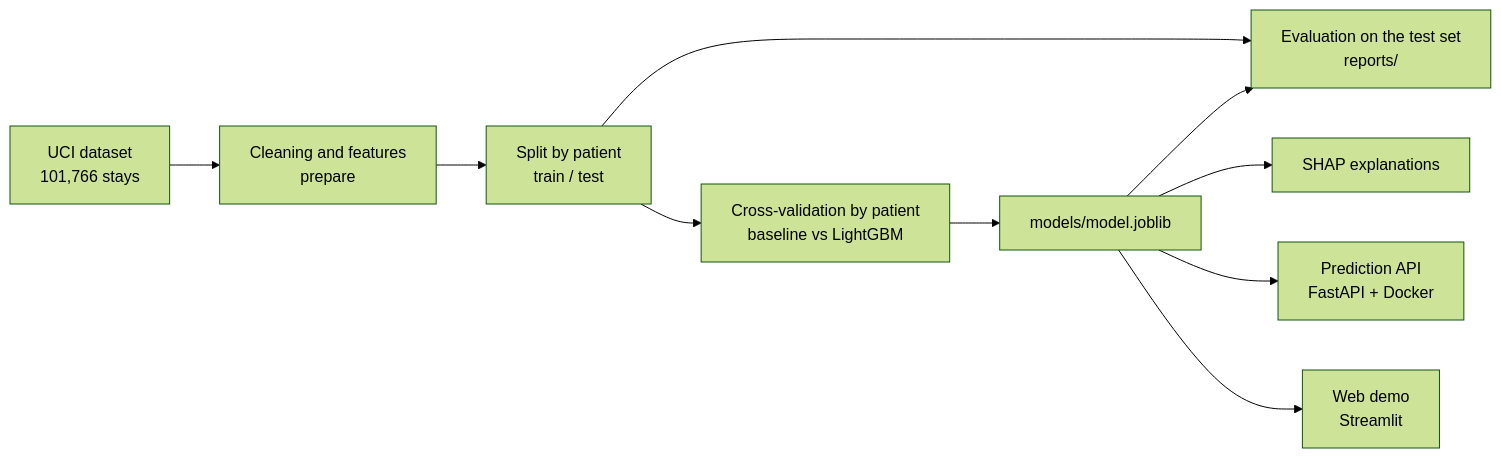
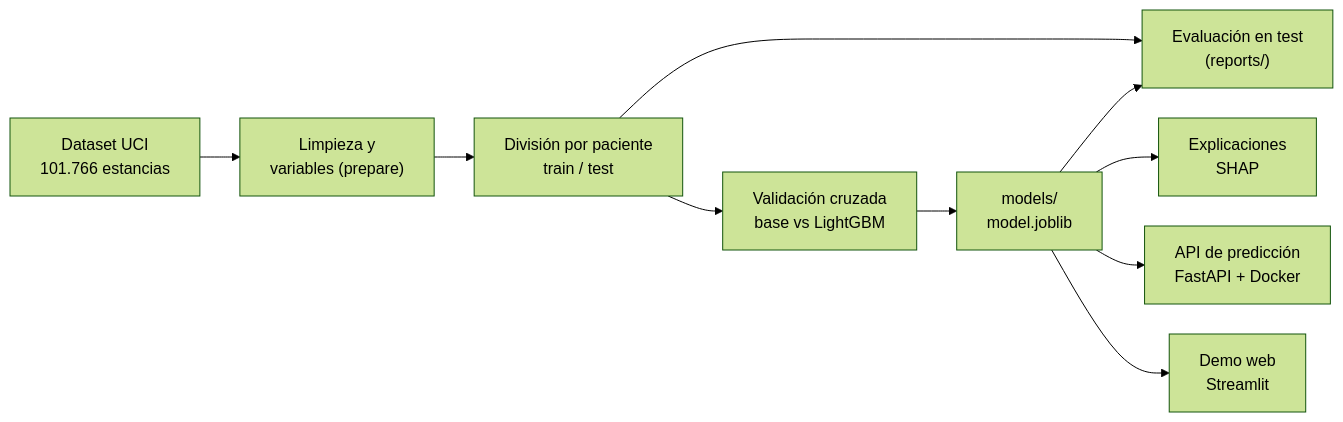
Before and after one commit to agilmouzo/readmission-risk: the diagram in README.es.md, drawn with Mermaid (forest theme). The commit also changed 1 other file, not shown here.

Commit message:
Fix clipped labels in the Mermaid diagram

````diff
--- a/README.es.md
+++ b/README.es.md
@@ -68,12 +68,13 @@
 ```mermaid
+%%{init: {"flowchart": {"htmlLabels": false, "nodeSpacing": 30, "rankSpacing": 40}}}%%
 flowchart LR
-    A[UCI dataset<br/>101,766 stays] --> B[Cleaning and features<br/>prepare]
-    B --> C[Split by patient<br/>train / test]
-    C --> D[Cross-validation by patient<br/>baseline vs LightGBM]
-    D --> E[models/model.joblib]
-    C --> F[Evaluation on the test set<br/>reports/]
+    A["Dataset UCI<br/>101.766 estancias"] --> B["Limpieza y<br/>variables (prepare)"]
+    B --> C["División por paciente<br/>train / test"]
+    C --> D["Validación cruzada<br/>base vs LightGBM"]
+    D --> E["models/<br/>model.joblib"]
+    C --> F["Evaluación en test<br/>(reports/)"]
     E --> F
-    E --> G[SHAP explanations]
-    E --> H[Prediction API<br/>FastAPI + Docker]
-    E --> I[Web demo<br/>Streamlit]
+    E --> G["Explicaciones<br/>SHAP"]
+    E --> H["API de predicción<br/>FastAPI + Docker"]
+    E --> I["Demo web<br/>Streamlit"]
 ```
````
